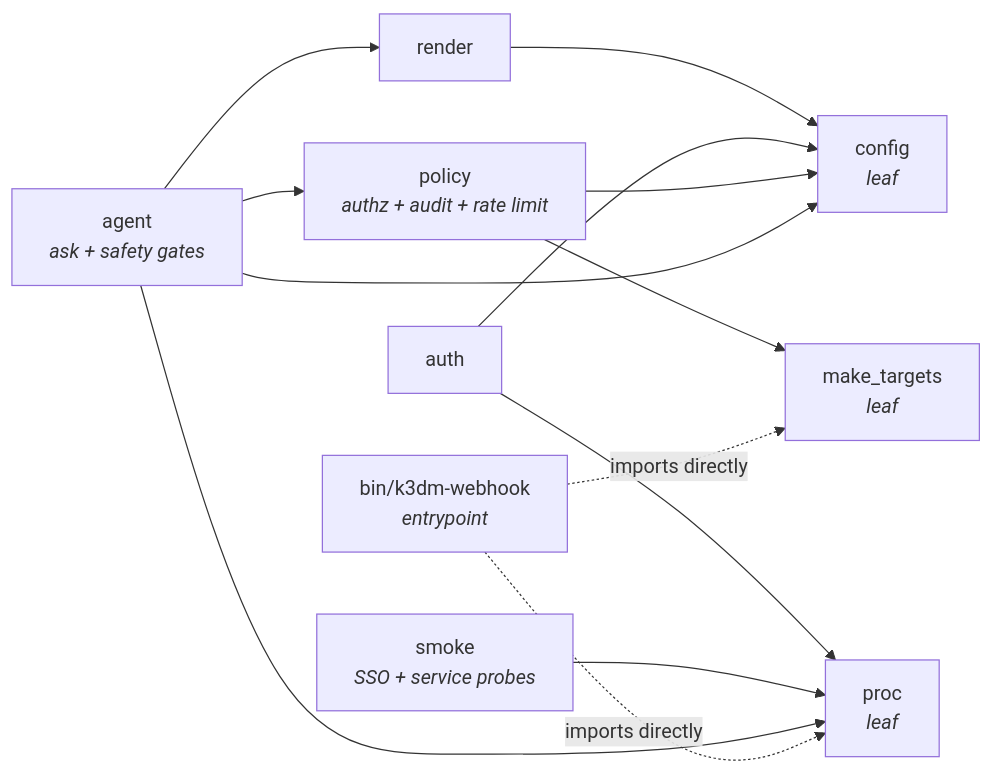
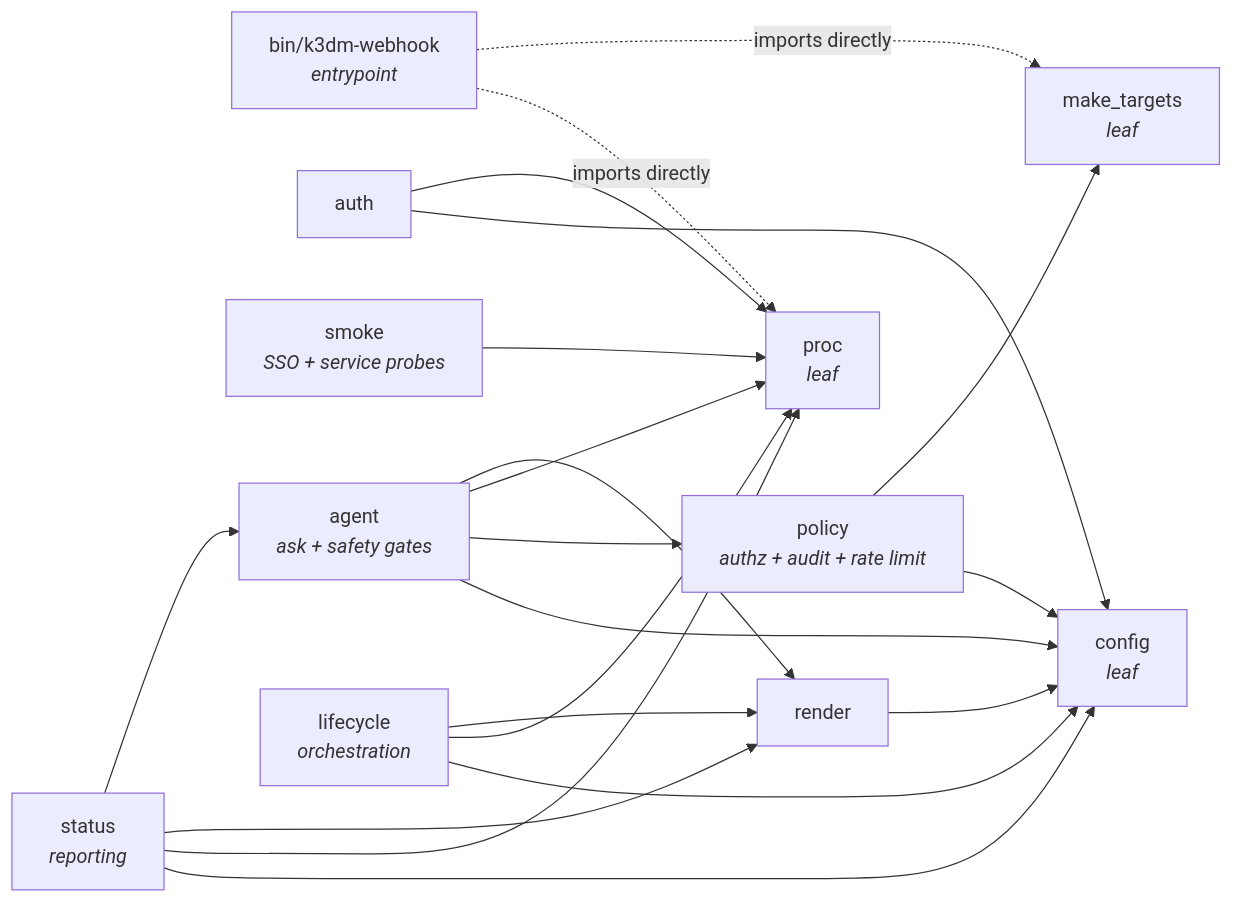
Before and after one commit to wilddog64/k3d-manager: the first of 2 diagrams in docs/architecture/webhook-server.md, drawn with Mermaid. The commit also changed other lines of this file and 9 other files, not shown here.

````diff
--- a/docs/architecture/webhook-server.md
+++ b/docs/architecture/webhook-server.md
@@ -71,25 +78,34 @@
 ```mermaid
 flowchart LR
     ENTRY["bin/k3dm-webhook<br/><i>entrypoint</i>"]
     RENDER["render"]
     AUTH["auth"]
     CONFIG["config<br/><i>leaf</i>"]
     PROC["proc<br/><i>leaf</i>"]
     MAKE["make_targets<br/><i>leaf</i>"]
     POLICY["policy<br/><i>authz + audit + rate limit</i>"]
     SMOKE["smoke<br/><i>SSO + service probes</i>"]
     AGENT["agent<br/><i>ask + safety gates</i>"]
+    LIFE["lifecycle<br/><i>orchestration</i>"]
+    STATUS["status<br/><i>reporting</i>"]
 
     RENDER --> CONFIG
     AUTH --> CONFIG
     AUTH --> PROC
     POLICY --> CONFIG
     POLICY --> MAKE
     SMOKE --> PROC
     AGENT --> CONFIG
     AGENT --> POLICY
     AGENT --> PROC
     AGENT --> RENDER
+    LIFE --> CONFIG
+    LIFE --> PROC
+    LIFE --> RENDER
+    STATUS --> CONFIG
+    STATUS --> PROC
+    STATUS --> RENDER
+    STATUS --> AGENT
     ENTRY -.->|"imports directly"| PROC
     ENTRY -.->|"imports directly"| MAKE
 ```
````
